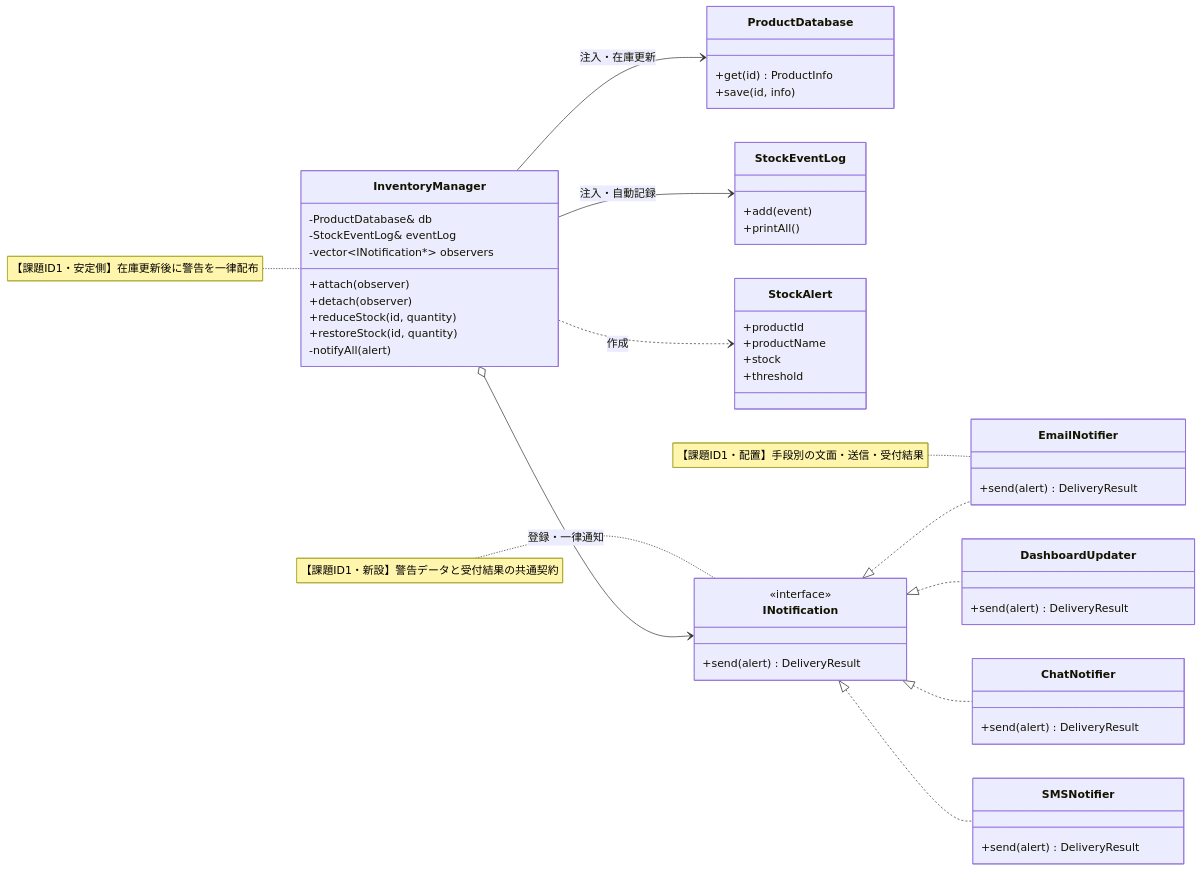
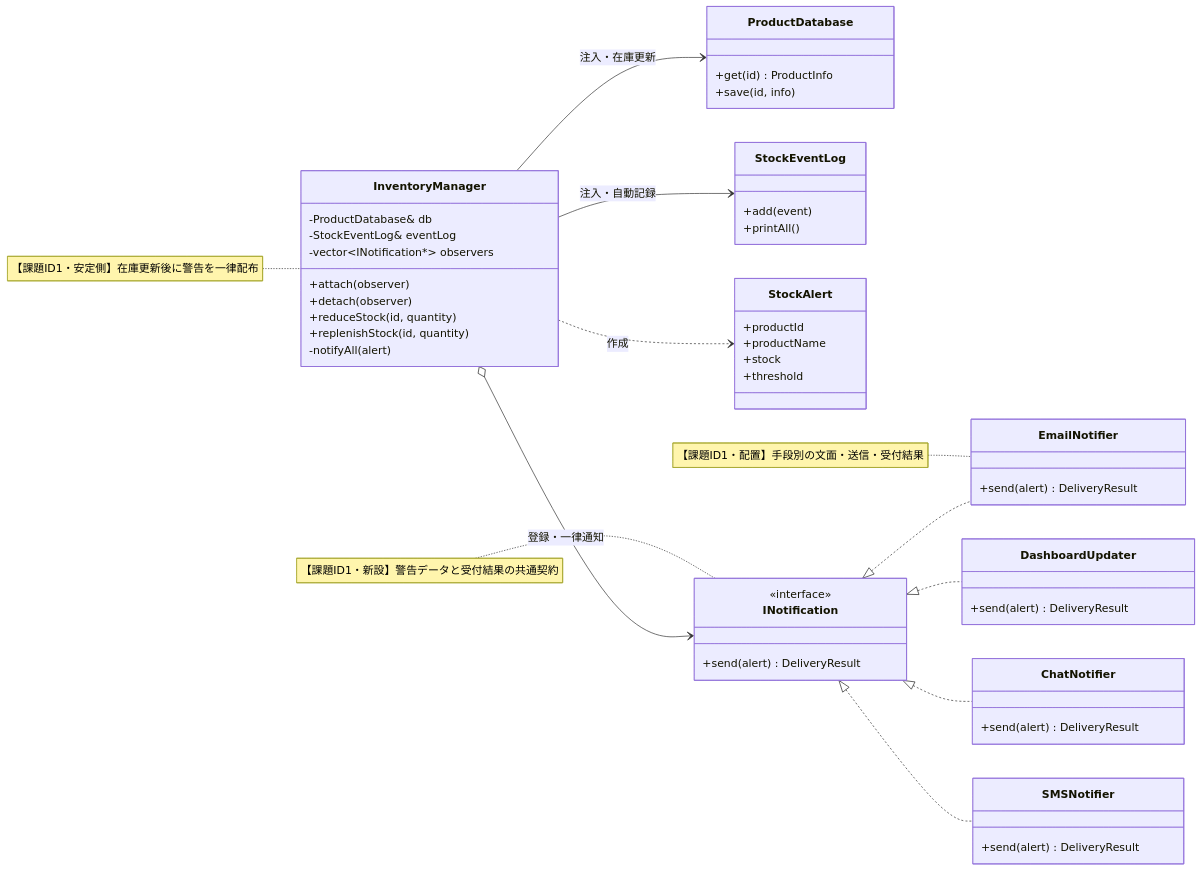
The ninth of 15 diagrams in kindle/design-patterns/output/chapter07.md (kumachan1101-pixel/DesignPattern), drawn with Mermaid before and after one commit. The commit also changed other lines of this file and 2 other files, not shown here.

````diff
--- a/kindle/design-patterns/output/chapter07.md
+++ b/kindle/design-patterns/output/chapter07.md
@@ -1222,51 +1222,51 @@
 ```mermaid
 classDiagram
     direction LR
     class ProductDatabase {
         +get(id) ProductInfo
         +save(id, info)
     }
     class StockEventLog {
         +add(event)
         +printAll()
     }
     class StockAlert {
         +productId
         +productName
         +stock
         +threshold
     }
     class InventoryManager {
         -ProductDatabase& db
         -StockEventLog& eventLog
         -vector~INotification*~ observers
         +attach(observer)
         +detach(observer)
         +reduceStock(id, quantity)
-        +restoreStock(id, quantity)
+        +replenishStock(id, quantity)
         -notifyAll(alert)
     }
     class INotification {
         <<interface>>
         +send(alert) DeliveryResult
     }
     class EmailNotifier { +send(alert) DeliveryResult }
     class DashboardUpdater { +send(alert) DeliveryResult }
     class ChatNotifier { +send(alert) DeliveryResult }
     class SMSNotifier { +send(alert) DeliveryResult }
     InventoryManager --> ProductDatabase : 注入・在庫更新
     InventoryManager --> StockEventLog : 注入・自動記録
     InventoryManager o--> INotification : 登録・一律通知
     InventoryManager ..> StockAlert : 作成
     INotification <|.. EmailNotifier
     INotification <|.. DashboardUpdater
     INotification <|.. ChatNotifier
     INotification <|.. SMSNotifier
 
     note for INotification "【課題ID1・新設】警告データと受付結果の共通契約"
     note for EmailNotifier "【課題ID1・配置】手段別の文面・送信・受付結果"
     note for InventoryManager "【課題ID1・安定側】在庫更新後に警告を一律配布"
 
     classDef focus fill:#FFF2CC,stroke:#D6B656,stroke-width:2px,color:#222222
     cssClass "InventoryManager,INotification,EmailNotifier,DashboardUpdater,ChatNotifier,SMSNotifier" focus
 ```
````
